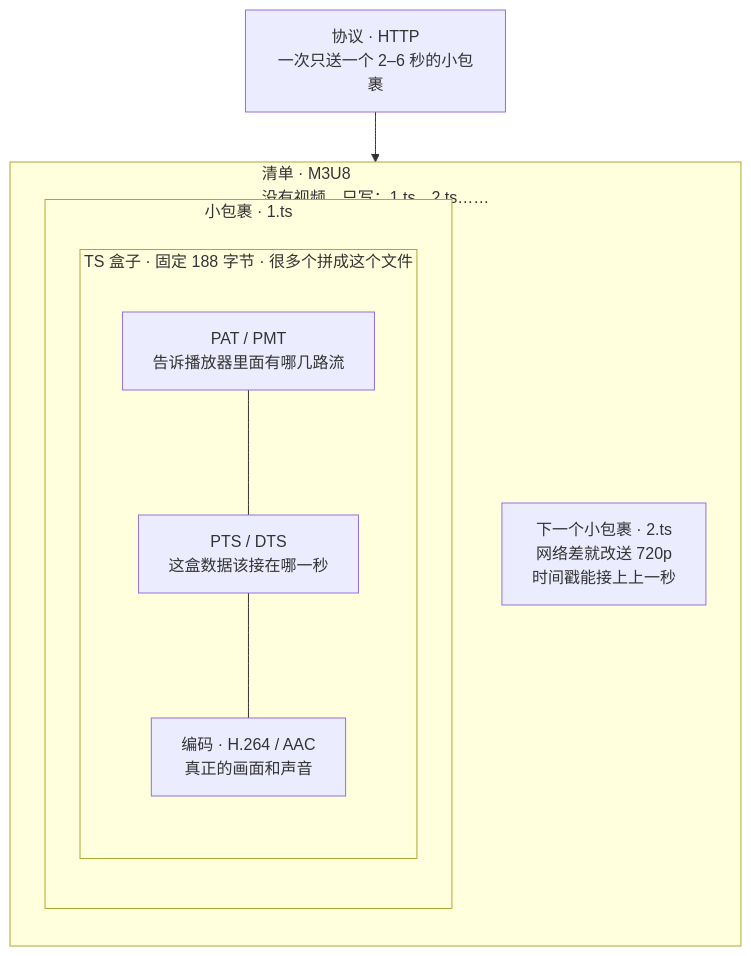
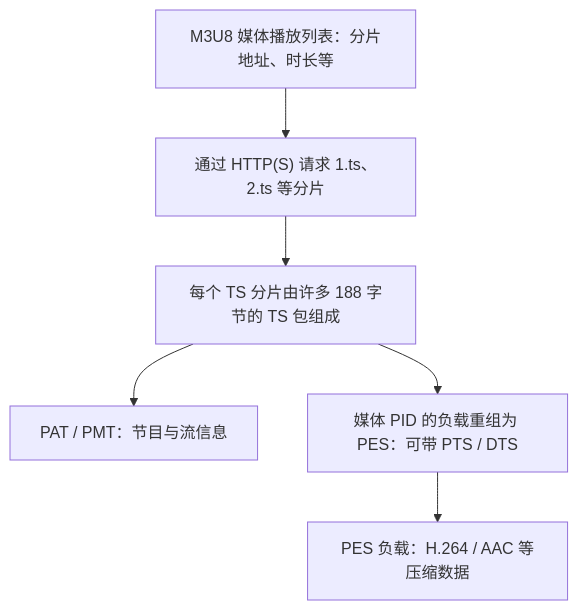
Before and after one commit to Leadgq/my-docs: the first of 2 diagrams in docs/notes/hls.md, drawn with Mermaid. The commit also changed other lines of this file, not shown here.

````diff
--- a/docs/notes/hls.md
+++ b/docs/notes/hls.md
@@ -120,24 +83,15 @@
 ```mermaid
 flowchart TB
-  http["协议 · HTTP<br/>一次只送一个 2–6 秒的小包裹"]
+  playlist["M3U8 媒体播放列表：分片地址、时长等"]
+  segment["通过 HTTP(S) 请求 1.ts、2.ts 等分片"]
+  packets["每个 TS 分片由许多 188 字节的 TS 包组成"]
+  tables["PAT / PMT：节目与流信息"]
+  pes["媒体 PID 的负载重组为 PES：可带 PTS / DTS"]
+  media["PES 负载：H.264 / AAC 等压缩数据"]
 
-  subgraph list["清单 · M3U8<br/>没有视频，只写：1.ts、2.ts……"]
-    direction TB
-
-    subgraph pkg["小包裹 · 1.ts"]
-      direction TB
-
-      subgraph box["TS 盒子 · 固定 188 字节 · 很多个拼成这个文件"]
-        direction TB
-        table["PAT / PMT<br/>告诉播放器里面有哪几路流"]
-        stamp["PTS / DTS<br/>这盒数据该接在哪一秒"]
-        cargo["编码 · H.264 / AAC<br/>真正的画面和声音"]
-        table --- stamp --- cargo
-      end
-    end
-
-    next["下一个小包裹 · 2.ts<br/>网络差就改送 720p<br/>时间戳能接上上一秒"]
-  end
-
-  http --> list
+  playlist --> segment
+  segment --> packets
+  packets --> tables
+  packets --> pes
+  pes --> media
 ```
````
